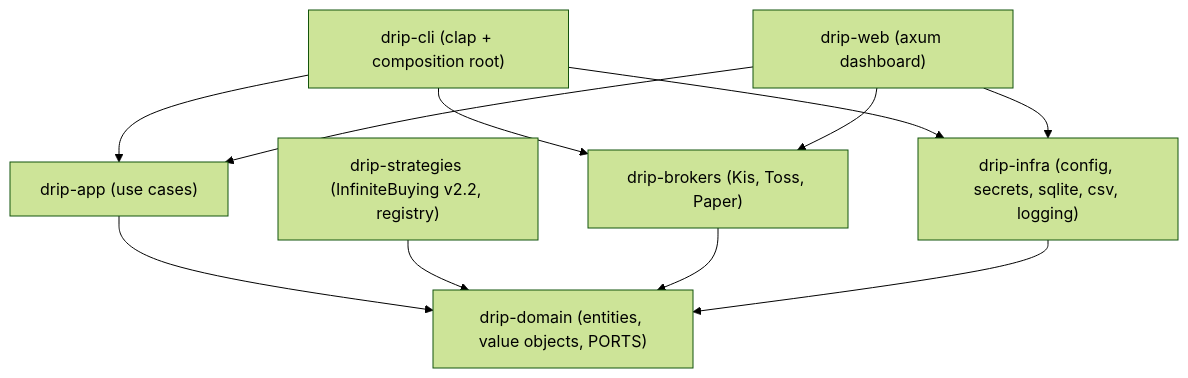
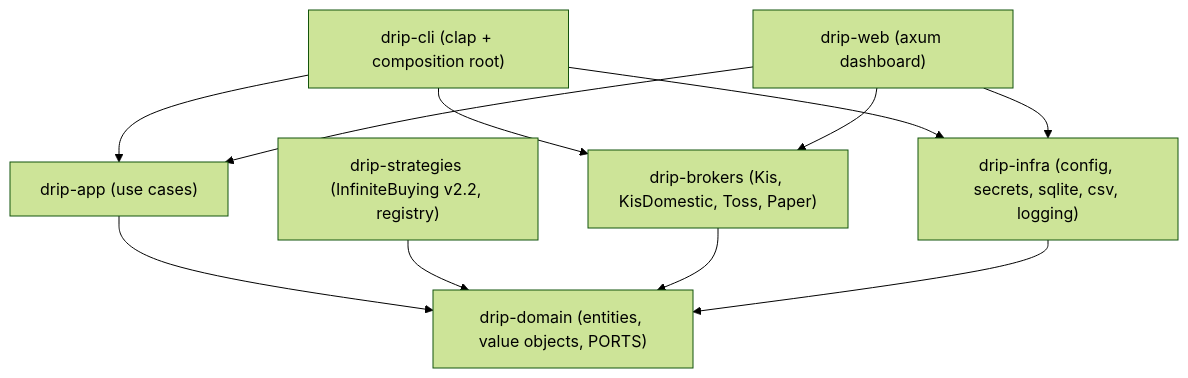
One commit to NakhunSong/drip changed the diagram in ARCHITECTURE.md. Above: the diagram before and after it, drawn with Mermaid (forest theme). The commit also changed other lines of this file and 3 other files, not shown here.

First line of the commit message:
docs: sync CLAUDE/ARCHITECTURE/CHANGELOG/README to domestic KRX (#22)

````diff
--- a/ARCHITECTURE.md
+++ b/ARCHITECTURE.md
@@ -9,21 +9,21 @@
 ```mermaid
 flowchart TD
     CLI["drip-cli (clap + composition root)"]
     WEB["drip-web (axum dashboard)"]
     APP["drip-app (use cases)"]
     STRAT["drip-strategies (InfiniteBuying v2.2, registry)"]
-    BROK["drip-brokers (Kis, Toss, Paper)"]
+    BROK["drip-brokers (Kis, KisDomestic, Toss, Paper)"]
     INFRA["drip-infra (config, secrets, sqlite, csv, logging)"]
     DOM["drip-domain (entities, value objects, PORTS)"]
 
     CLI --> APP
     WEB --> APP
     CLI --> BROK
     WEB --> BROK
     CLI --> INFRA
     WEB --> INFRA
     APP --> DOM
     STRAT --> DOM
     BROK --> DOM
     INFRA --> DOM
 ```
````
